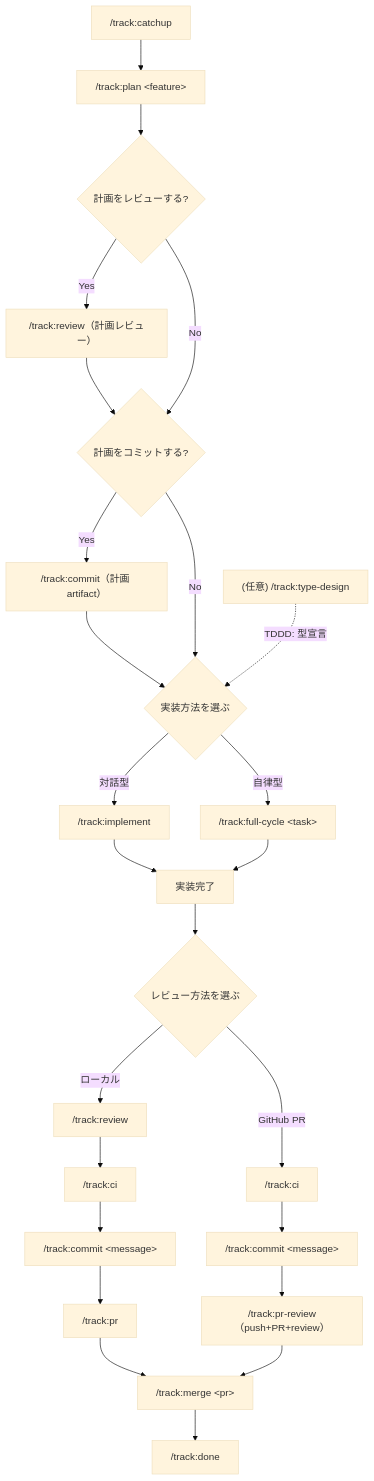
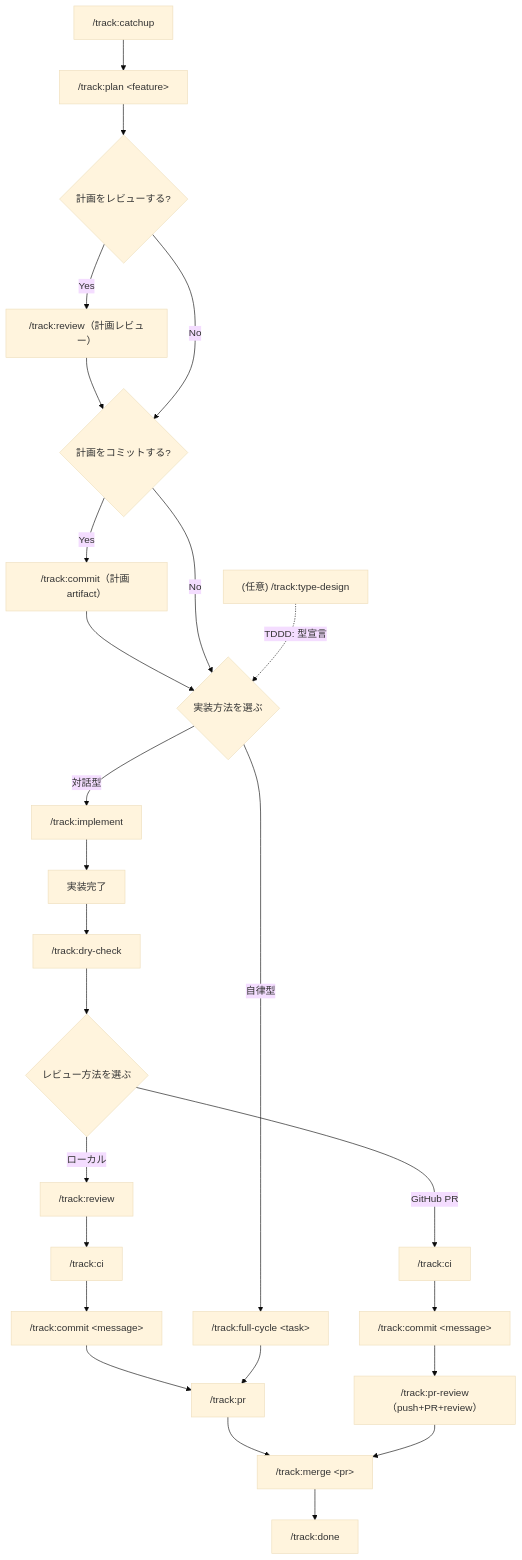
Before and after one commit to Flip451/SoTOHE-core: the diagram in DEVELOPER_AI_WORKFLOW.md, drawn with Mermaid (base theme). The commit also changed other lines of this file and 7 other files, not shown here.

First line of the commit message:
wire(track): sequence DFP→RFP in /track:full-cycle (T013)

````diff
--- a/DEVELOPER_AI_WORKFLOW.md
+++ b/DEVELOPER_AI_WORKFLOW.md
@@ -53,27 +53,28 @@
 ```mermaid
 flowchart TD
     A["/track:catchup"] --> B["/track:plan &lt;feature&gt;"]
     B --> PR{"計画をレビューする?"}
     PR -->|Yes| R1["/track:review（計画レビュー）"]
     R1 --> PC{"計画をコミットする?"}
     PR -->|No| PC
     PC -->|Yes| R1C["/track:commit（計画 artifact）"]
     R1C --> IMPL{実装方法を選ぶ}
     PC -->|No| IMPL
     DS["(任意) /track:type-design"] -.->|"TDDD: 型宣言"| IMPL
     IMPL -->|"対話型"| F["/track:implement"]
     IMPL -->|"自律型"| FC["/track:full-cycle &lt;task&gt;"]
     F --> G["実装完了"]
-    FC --> G
-    G --> H{レビュー方法を選ぶ}
+    G --> D["/track:dry-check"]
+    D --> H{レビュー方法を選ぶ}
     H -->|"ローカル"| I["/track:review"]
     I --> J["/track:ci"]
     J --> K["/track:commit &lt;message&gt;"]
     K --> L["/track:pr"]
+    FC --> L
     L --> M["/track:merge &lt;pr&gt;"]
     H -->|"GitHub PR"| J2["/track:ci"]
     J2 --> K2["/track:commit &lt;message&gt;"]
     K2 --> I2["/track:pr-review（push+PR+review）"]
     I2 --> M
     M --> N["/track:done"]
 ```
````
